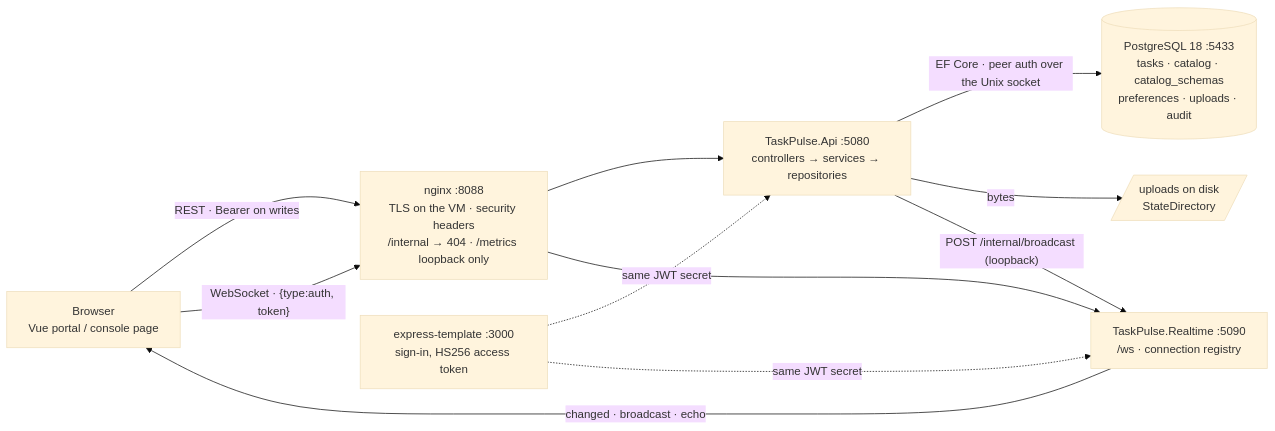
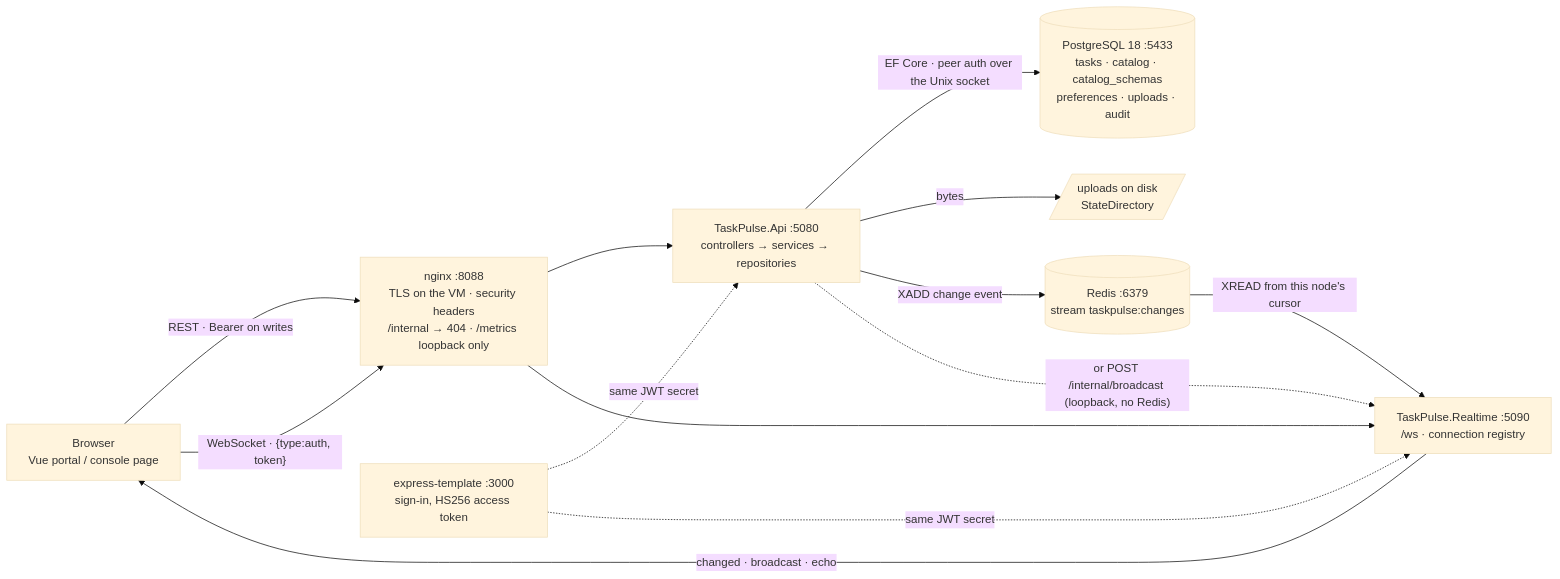
One commit to Fanani23/taskpulse changed the diagram in README.md. Above: the diagram before and after it, drawn with Mermaid (base theme). The commit also changed other lines of this file and 15 other files, not shown here.

Commit message:
Change events through a Redis stream (Api:RedisUrl / WebSocket:RedisUrl): XADD + nudge on the API, per-node cursor on Realtime so a restart replays what it missed; loopback HTTP stays the fallback; install.sh detects the local Redis, compose adds one; 2 Redis-gated tests, Redis service in CI

````diff
--- a/README.md
+++ b/README.md
@@ -40,19 +41,21 @@
 ```mermaid
 flowchart LR
     B[Browser<br/>Vue portal / console page]
     N[nginx :8088<br/>TLS on the VM · security headers<br/>/internal → 404 · /metrics loopback only]
     A[TaskPulse.Api :5080<br/>controllers → services → repositories]
     R[TaskPulse.Realtime :5090<br/>/ws · connection registry]
     P[(PostgreSQL 18 :5433<br/>tasks · catalog · catalog_schemas<br/>preferences · uploads · audit)]
     U[/uploads on disk<br/>StateDirectory/]
     X[express-template :3000<br/>sign-in, HS256 access token]
 
     B -- "REST · Bearer on writes" --> N --> A
     B -- "WebSocket · {type:auth, token}" --> N --> R
     A -- "EF Core · peer auth over the Unix socket" --> P
     A -- bytes --> U
-    A -- "POST /internal/broadcast (loopback)" --> R
+    K[(Redis :6379<br/>stream taskpulse:changes)]
+    A -- "XADD change event" --> K -- "XREAD from this node's cursor" --> R
+    A -. "or POST /internal/broadcast (loopback, no Redis)" .-> R
     R -- "changed · broadcast · echo" --> B
     X -. "same JWT secret" .-> A
     X -. "same JWT secret" .-> R
 ```
````
